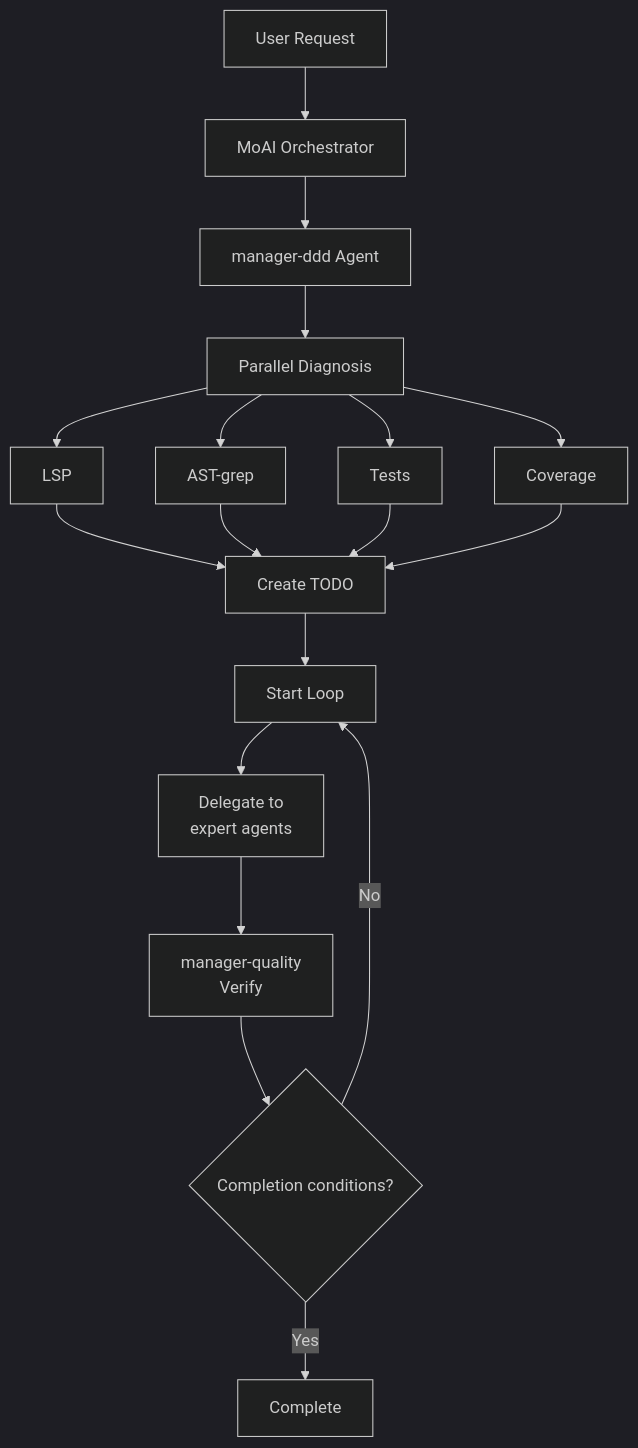
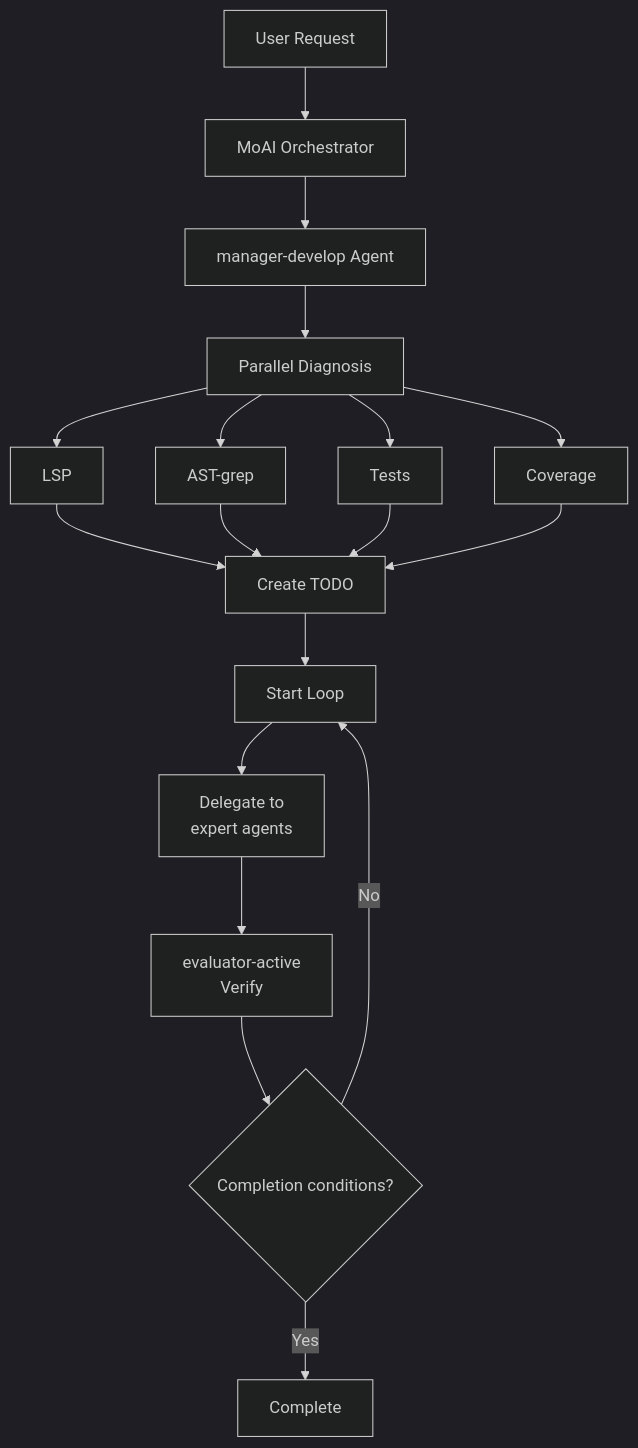
The fourth of 4 diagrams in docs-site/content/en/utility-commands/moai-loop.md (modu-ai/moai-adk), drawn with Mermaid (dark theme) before and after one commit. The commit also changed other lines of this file and 153 other files, not shown here.

````diff
--- a/docs-site/content/en/utility-commands/moai-loop.md
+++ b/docs-site/content/en/utility-commands/moai-loop.md
@@ -199,25 +199,25 @@
 ```mermaid
 flowchart TD
     User["User Request"] --> Orchestrator["MoAI Orchestrator"]
-    Orchestrator --> ManagerDDD["manager-ddd Agent"]
+    Orchestrator --> ManagerDDD["manager-develop Agent"]
 
     ManagerDDD --> Diagnose["Parallel Diagnosis"]
     Diagnose --> LSP["LSP"]
     Diagnose --> AST["AST-grep"]
     Diagnose --> Test["Tests"]
     Diagnose --> Cov["Coverage"]
 
     LSP --> Todo["Create TODO"]
     AST --> Todo
     Test --> Todo
     Cov --> Todo
 
     Todo --> Loop["Start Loop"]
 
     Loop --> Fix["Delegate to<br/>expert agents"]
-    Fix --> Verify["manager-quality<br/>Verify"]
+    Fix --> Verify["evaluator-active<br/>Verify"]
 
     Verify --> Complete{"Completion conditions?"}
     Complete -->|No| Loop
     Complete -->|Yes| Done["Complete"]
 ```
````
